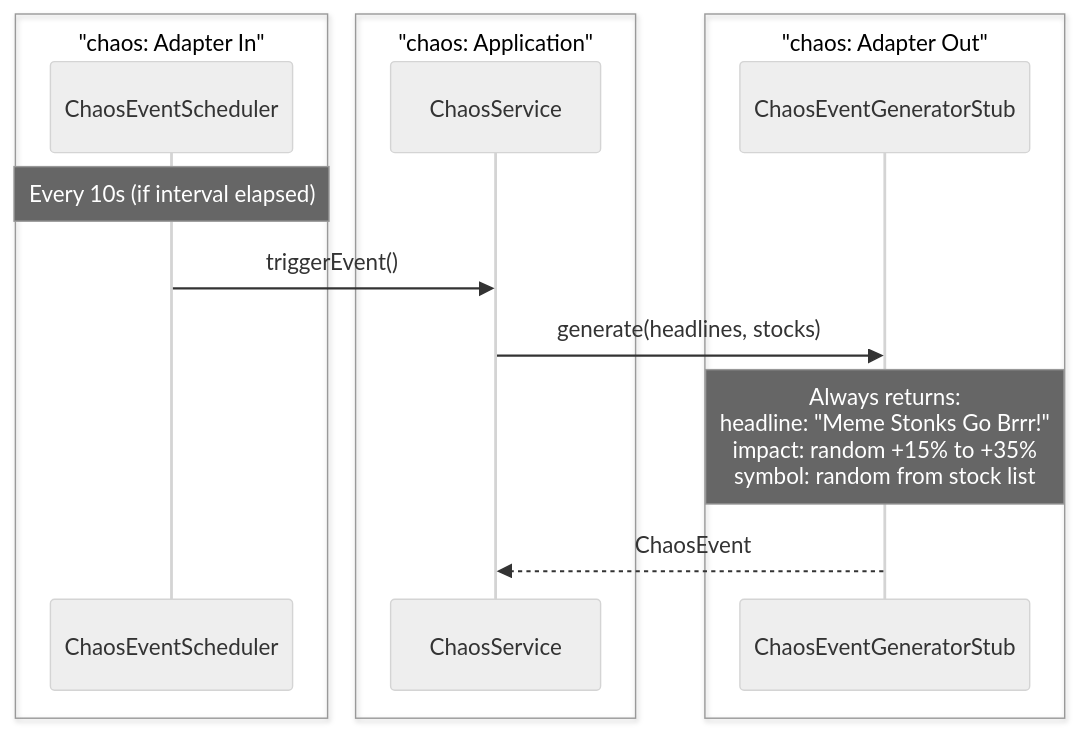
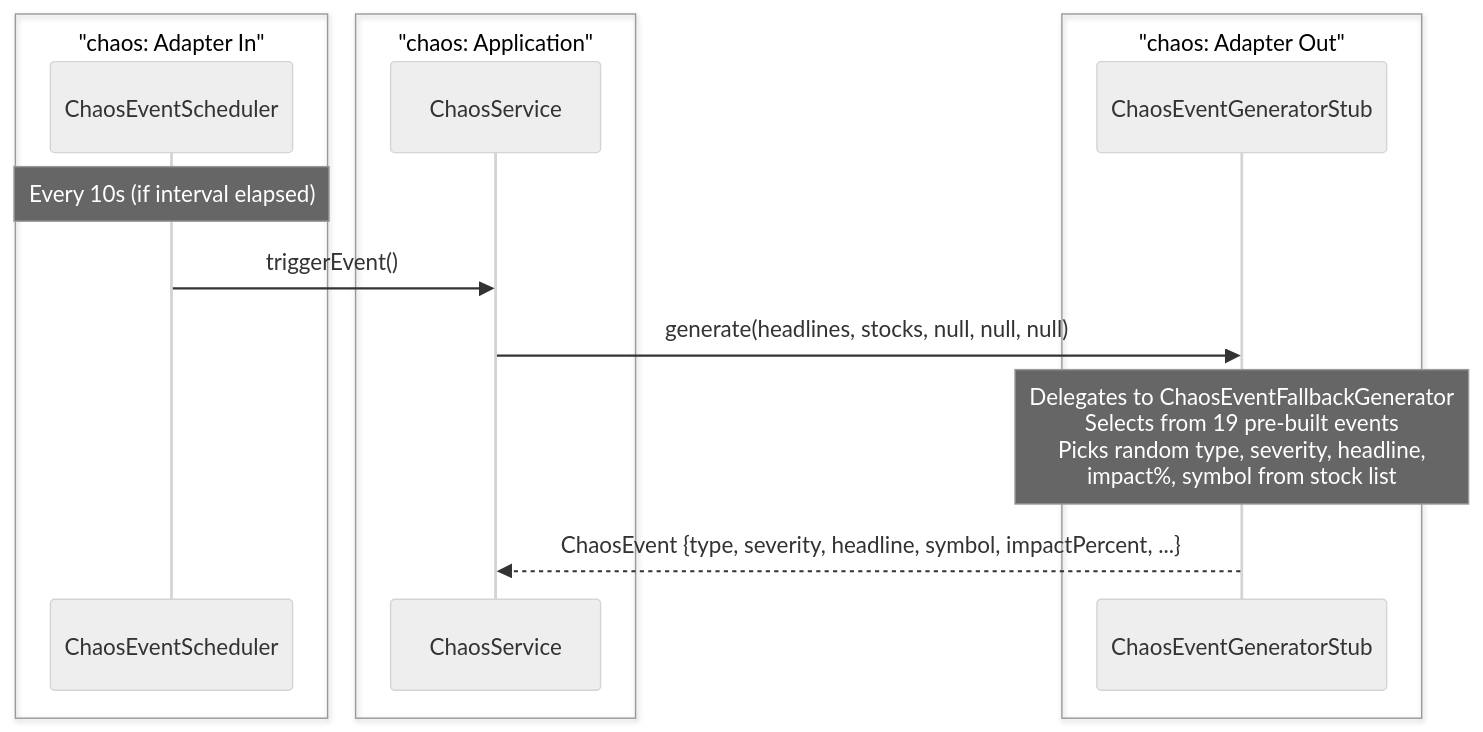
Before and after one commit to franBec/stonks-simulator: diagram 17 of 22 in stonks_java/README.md, drawn with Mermaid (neutral theme). The commit also changed other lines of this file, not shown here.

First line of the commit message:
docs: sync E2E flow diagrams with chaos event API changes

````diff
--- a/stonks_java/README.md
+++ b/stonks_java/README.md
@@ -868,18 +871,18 @@
 ```mermaid
 sequenceDiagram
     box "chaos: Adapter In"
     participant CES as ChaosEventScheduler
     end
     box "chaos: Application"
     participant CS as ChaosService
     end
     box "chaos: Adapter Out"
     participant CEGS as ChaosEventGeneratorStub
     end
 
     Note over CES: Every 10s (if interval elapsed)
     CES->>CS: triggerEvent()
-    CS->>CEGS: generate(headlines, stocks)
-    Note over CEGS: Always returns:<br/>headline: "Meme Stonks Go Brrr!"<br/>impact: random +15% to +35%<br/>symbol: random from stock list
-    CEGS-->>CS: ChaosEvent
+    CS->>CEGS: generate(headlines, stocks, null, null, null)
+    Note over CEGS: Delegates to ChaosEventFallbackGenerator<br/>Selects from 19 pre-built events<br/>Picks random type, severity, headline,<br/>impact%, symbol from stock list
+    CEGS-->>CS: ChaosEvent {type, severity, headline, symbol, impactPercent, ...}
 ```
````
